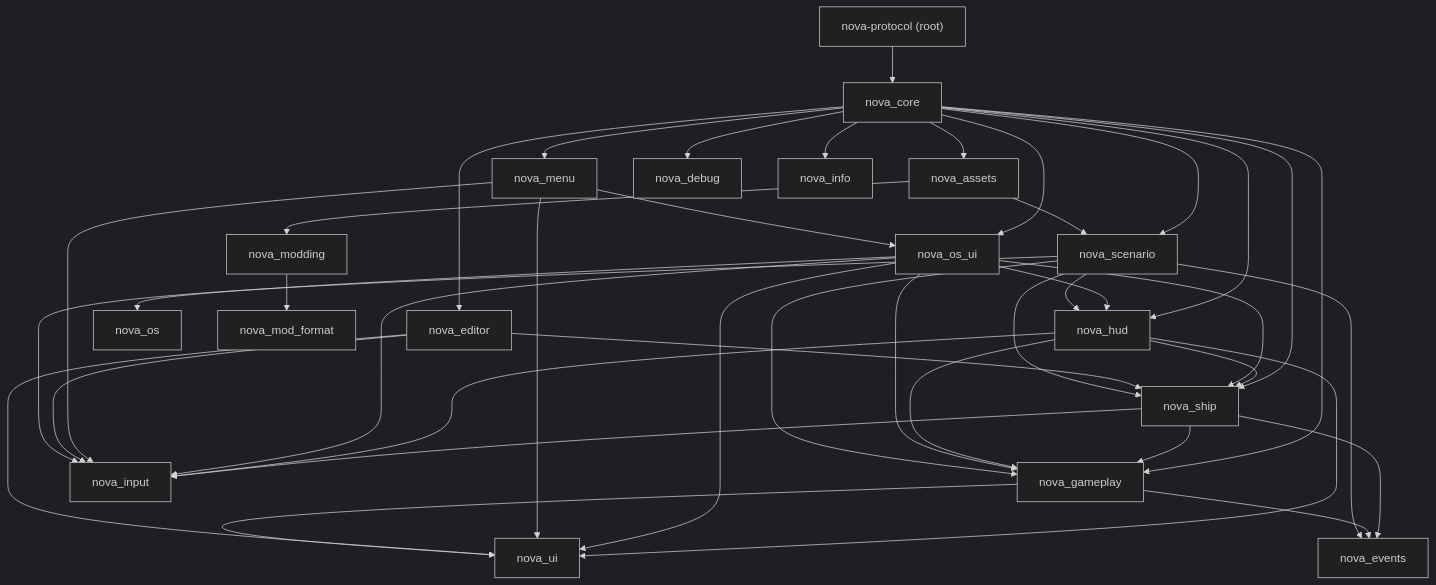
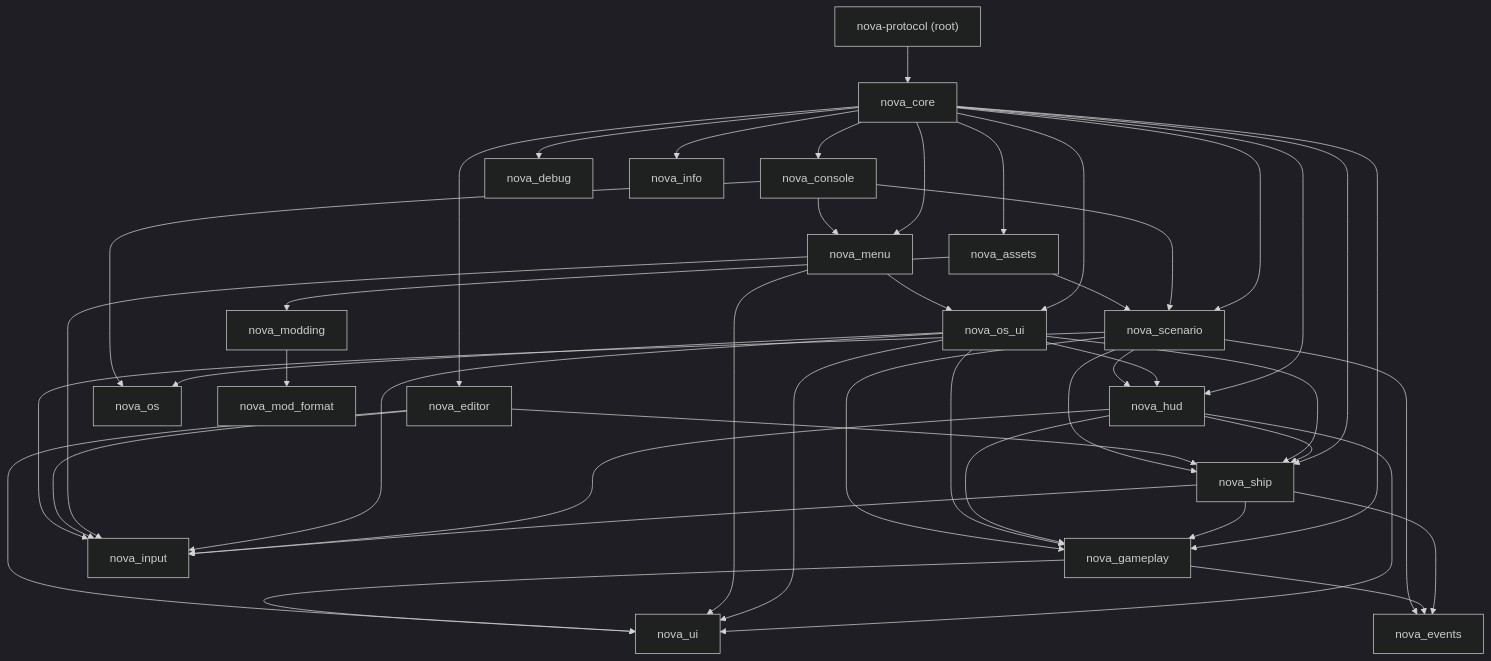
Before and after one commit to alexjercan/nova-protocol: the first of 3 diagrams in docs/architecture.md, drawn with Mermaid (dark theme). The commit also changed other lines of this file and 130 other files, not shown here.

````diff
--- a/docs/architecture.md
+++ b/docs/architecture.md
@@ -42,43 +44,47 @@
 ```mermaid
 graph TD
     root["nova-protocol (root)"] --> core["nova_core"]
     core --> menu["nova_menu"]
     core --> editor["nova_editor"]
     core --> gameplay["nova_gameplay"]
     core --> ship["nova_ship"]
     core --> hud["nova_hud"]
     core --> osui["nova_os_ui"]
+    core --> console["nova_console"]
     core --> scenario["nova_scenario"]
     core --> assets["nova_assets"]
     ship --> gameplay
     ship --> events["nova_events"]
     hud --> ship
     hud --> gameplay
     hud --> ui["nova_ui"]
     osui --> hud
     osui --> ship
     osui --> gameplay
     osui --> os["nova_os"]
     osui --> ui
     menu --> osui
+    console --> menu
+    console --> os
+    console --> scenario
     menu --> ui
     editor --> ship
     editor --> ui
     gameplay --> events
     gameplay --> ui
     ship --> input["nova_input"]
     hud --> input
     osui --> input
     menu --> input
     editor --> input
     scenario --> input
     scenario --> events
     scenario --> gameplay
     scenario --> ship
     scenario --> hud
     assets --> modding["nova_modding"]
     assets --> scenario
     modding --> modfmt["nova_mod_format"]
     core --> debug["nova_debug"]
     core --> info["nova_info"]
 ```
````
